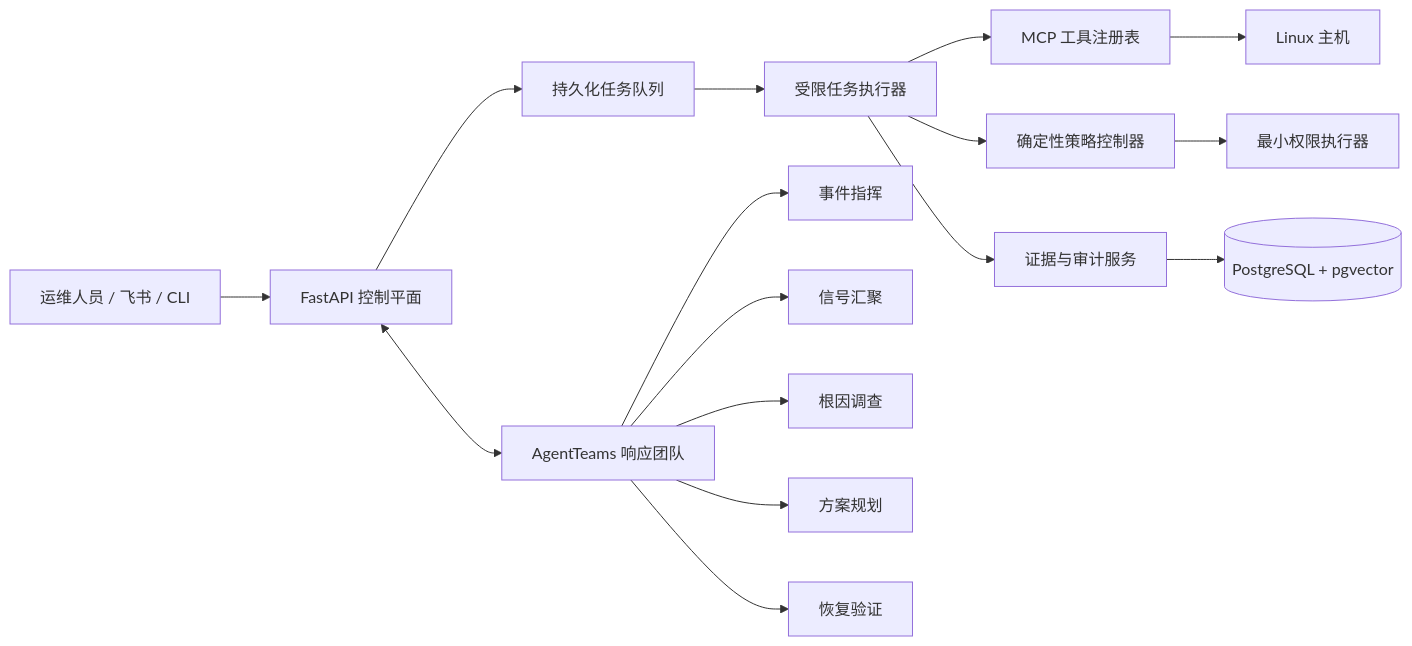
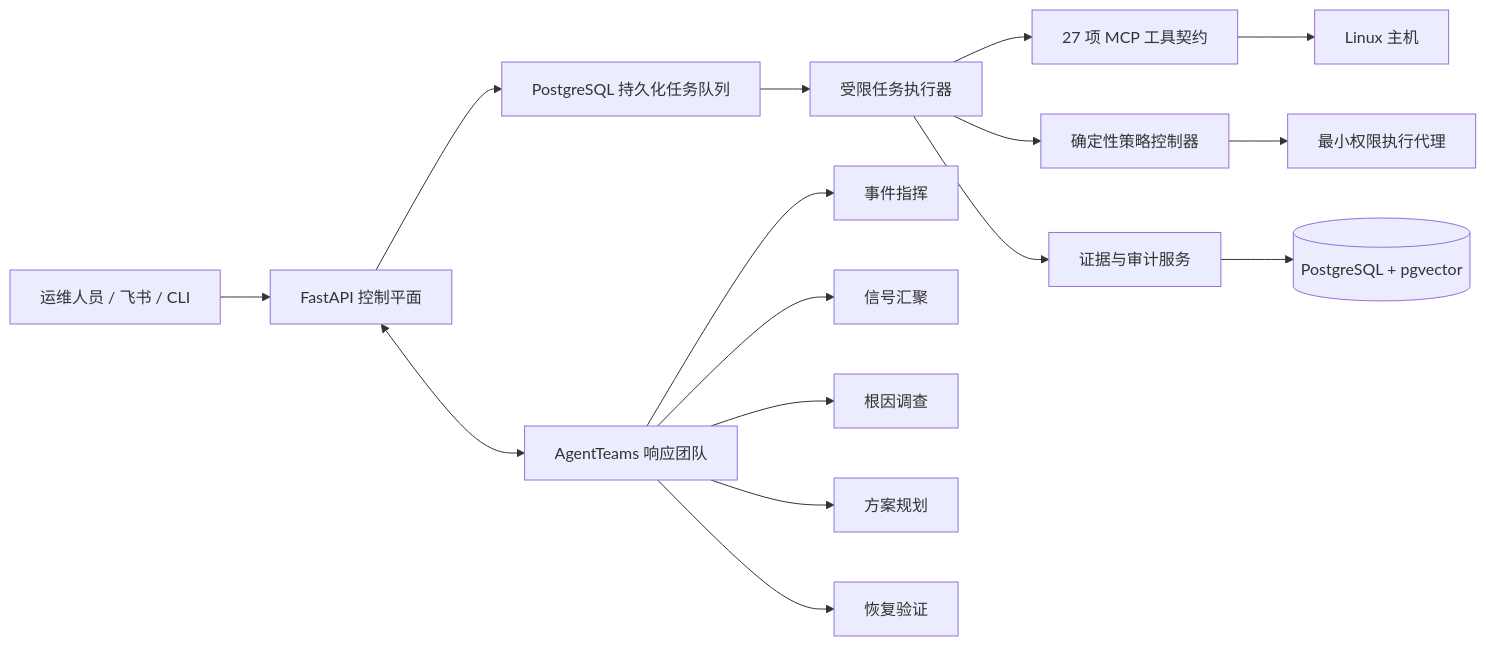
One commit to Jpl-hub/opscouncil changed the diagram in README.md. Above: the diagram before and after it, drawn with Mermaid. The commit also changed other lines of this file and 18 other files, not shown here.

````diff
--- a/README.md
+++ b/README.md
@@ -19,18 +51,18 @@
 ```mermaid
 flowchart LR
     O["运维人员 / 飞书 / CLI"] --> A["FastAPI 控制平面"]
-    A --> Q["持久化任务队列"]
+    A --> Q["PostgreSQL 持久化任务队列"]
     Q --> W["受限任务执行器"]
-    W --> M["MCP 工具注册表"]
+    W --> M["27 项 MCP 工具契约"]
     M --> H["Linux 主机"]
     W --> G["确定性策略控制器"]
-    G --> X["最小权限执行器"]
+    G --> X["最小权限执行代理"]
     W --> E["证据与审计服务"]
     E --> P[("PostgreSQL + pgvector")]
     A <--> T["AgentTeams 响应团队"]
     T --> C["事件指挥"]
     T --> S["信号汇聚"]
     T --> R["根因调查"]
     T --> L["方案规划"]
     T --> V["恢复验证"]
 ```
````
